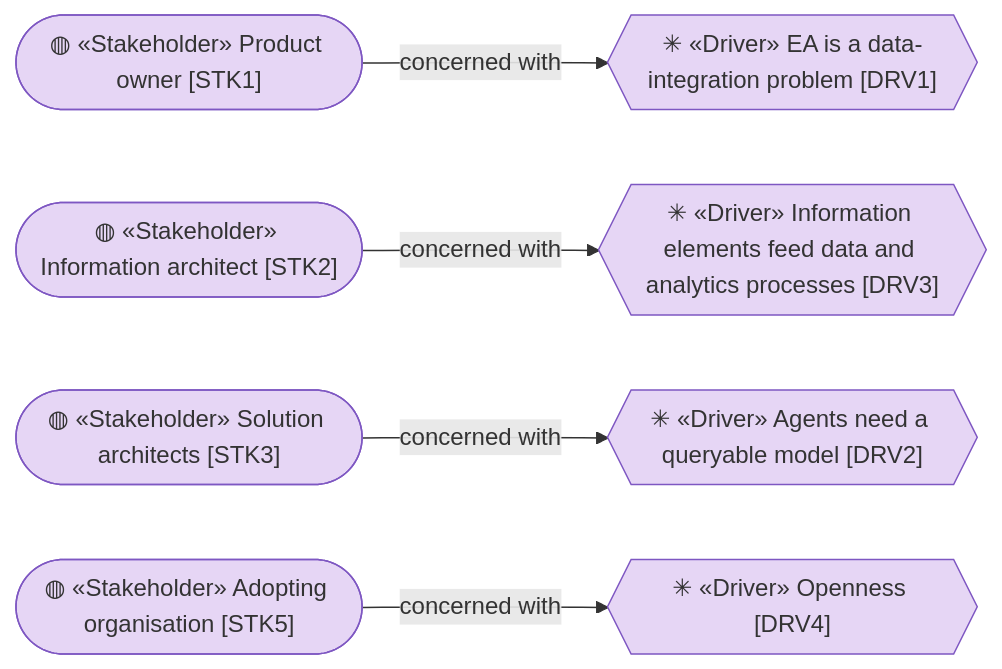
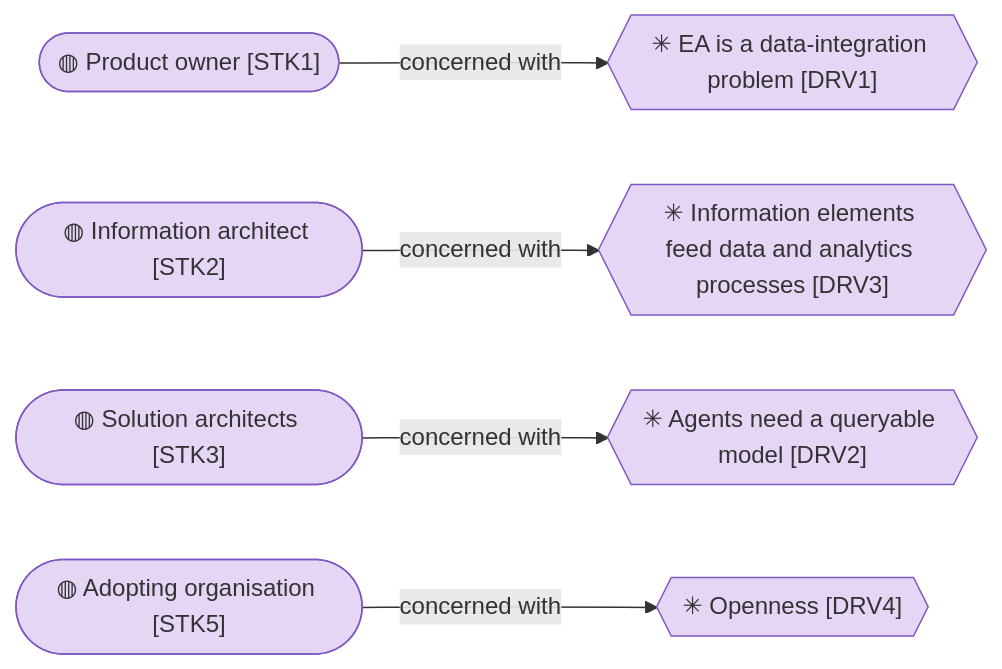
One commit to bocanegratqut/dbx-enterprise-architecture changed the second of 4 diagrams in architecture/1_strategy/1_motivation.md. Above: the diagram before and after it, drawn with Mermaid. The commit also changed other lines of this file and 25 other files, not shown here.

````diff
--- a/architecture/1_strategy/1_motivation.md
+++ b/architecture/1_strategy/1_motivation.md
@@ -17,17 +32,17 @@
 ```mermaid
 flowchart LR
-  stk1(["◍ «Stakeholder» Product owner [STK1]"]):::motivation
-  stk2(["◍ «Stakeholder» Information architect [STK2]"]):::motivation
-  stk3(["◍ «Stakeholder» Solution architects [STK3]"]):::motivation
-  stk5(["◍ «Stakeholder» Adopting organisation [STK5]"]):::motivation
-  drv1{{"✳ «Driver» EA is a data-integration problem [DRV1]"}}:::motivation
-  drv2{{"✳ «Driver» Agents need a queryable model [DRV2]"}}:::motivation
-  drv3{{"✳ «Driver» Information elements feed data and analytics processes [DRV3]"}}:::motivation
-  drv4{{"✳ «Driver» Openness [DRV4]"}}:::motivation
+  stk1(["◍ Product owner [STK1]"]):::motivation
+  stk2(["◍ Information architect [STK2]"]):::motivation
+  stk3(["◍ Solution architects [STK3]"]):::motivation
+  stk5(["◍ Adopting organisation [STK5]"]):::motivation
+  drv1{{"✳ EA is a data-integration problem [DRV1]"}}:::motivation
+  drv2{{"✳ Agents need a queryable model [DRV2]"}}:::motivation
+  drv3{{"✳ Information elements feed data and analytics processes [DRV3]"}}:::motivation
+  drv4{{"✳ Openness [DRV4]"}}:::motivation
   stk1 -->|concerned with| drv1
   stk2 -->|concerned with| drv3
   stk3 -->|concerned with| drv2
   stk5 -->|concerned with| drv4
 
   classDef motivation fill:#e6d6f5,stroke:#7e57c2,color:#333
 ```
````
